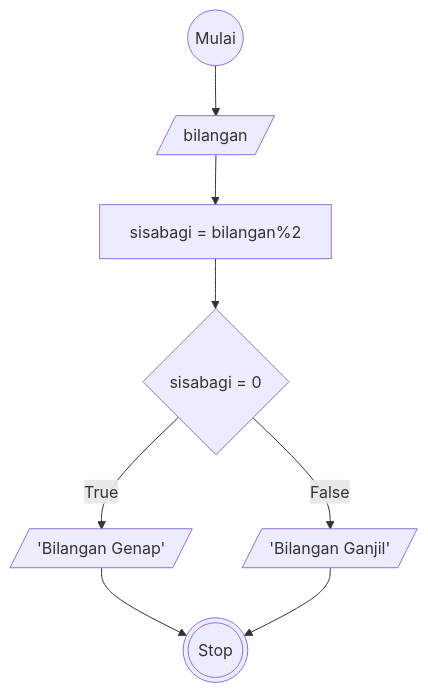
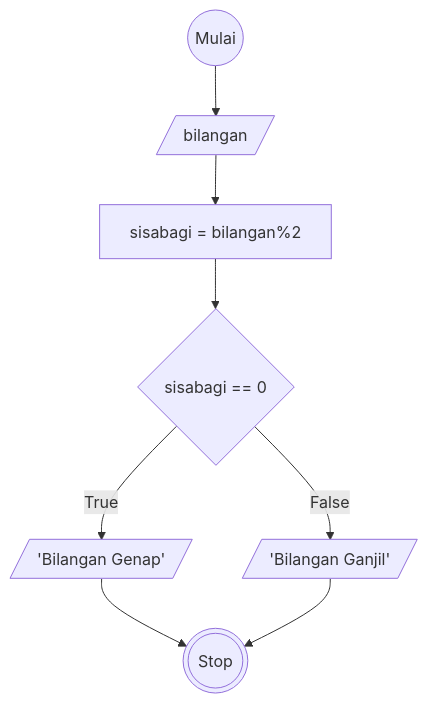
Before and after one commit to MuhamadRafliShidiq/koda-b8-algoritma: the diagram in ganjil-genap.md, drawn with Mermaid.

````diff
--- a/ganjil-genap.md
+++ b/ganjil-genap.md
@@ -18,23 +18,23 @@
 ```mermaid
 
     flowchart TD
 
     a@{ shape: circle, label: "Mulai" }
     b@{ shape: lean-r, label: "bilangan" }
     c@{ shape: rect, label: "sisabagi = bilangan%2" }
-    d@{ shape: diamond, label: "sisabagi = 0 " }
+    d@{ shape: diamond, label: "sisabagi == 0 " }
     e@{ shape: lean-r, label: "'Bilangan Genap'" }
     f@{ shape: lean-r, label: "'Bilangan Ganjil'" }
     g@{ shape: dbl-circ, label: "Stop" }
 
     a --> b
     b --> c
     c --> d
     d --True--> e
     d --False--> f
     e --> g
     f --> g
 
 
 
 ```
````
